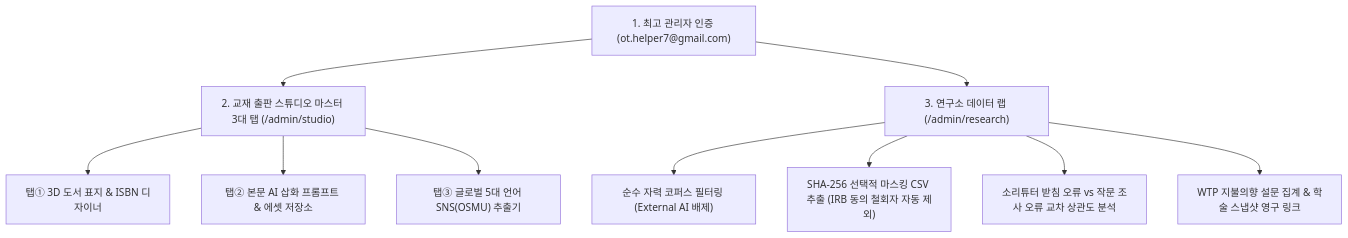
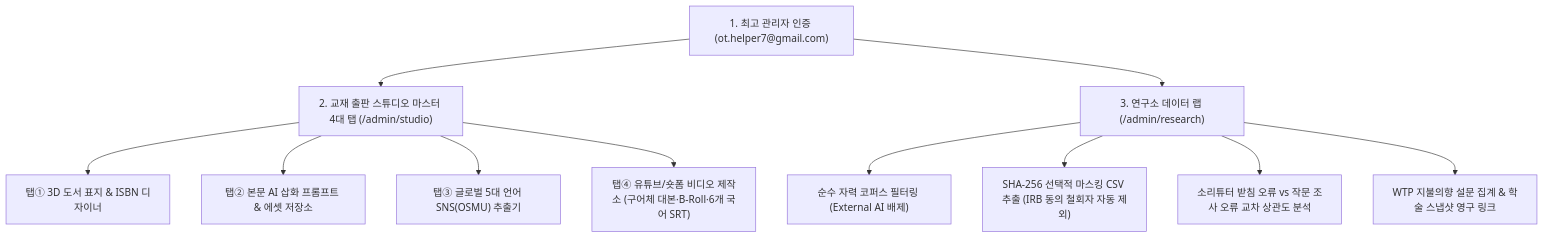
One commit to kfltchJUNO/hanup-platform changed the fifth of 6 diagrams in HANUP_ARCHITECTURE_AND_IMPLEMENTATION_REPORT.md. Above: the diagram before and after it, drawn with Mermaid. The commit also changed other lines of this file and 3 other files, not shown here.

Commit message:
feat: implement YouTube & shortform video lecture studio with spoken script, B-roll storyboard and 6-language SRT/SEO kit

````diff
--- a/HANUP_ARCHITECTURE_AND_IMPLEMENTATION_REPORT.md
+++ b/HANUP_ARCHITECTURE_AND_IMPLEMENTATION_REPORT.md
@@ -171,12 +171,13 @@
 ```mermaid
 flowchart TD
-    A1["1. 최고 관리자 인증 (ot.helper7@gmail.com)"] --> A2["2. 교재 출판 스튜디오 마스터 3대 탭 (/admin/studio)"]
+    A1["1. 최고 관리자 인증 (ot.helper7@gmail.com)"] --> A2["2. 교재 출판 스튜디오 마스터 4대 탭 (/admin/studio)"]
     A2 --> A3["탭① 3D 도서 표지 & ISBN 디자이너"]
     A2 --> A4["탭② 본문 AI 삽화 프롬프트 & 에셋 저장소"]
     A2 --> A5["탭③ 글로벌 5대 언어 SNS(OSMU) 추출기"]
+    A2 --> A11["탭④ 유튜브/숏폼 비디오 제작소 (구어체 대본·B-Roll·6개 국어 SRT)"]
     A1 --> A6["3. 연구소 데이터 랩 (/admin/research)"]
     A6 --> A7["순수 자력 코퍼스 필터링 (External AI 배제)"]
     A6 --> A8["SHA-256 선택적 마스킹 CSV 추출 (IRB 동의 철회자 자동 제외)"]
     A6 --> A9["소리튜터 받침 오류 vs 작문 조사 오류 교차 상관도 분석"]
     A6 --> A10["WTP 지불의향 설문 집계 & 학술 스냅샷 영구 링크"]
 ```
````
